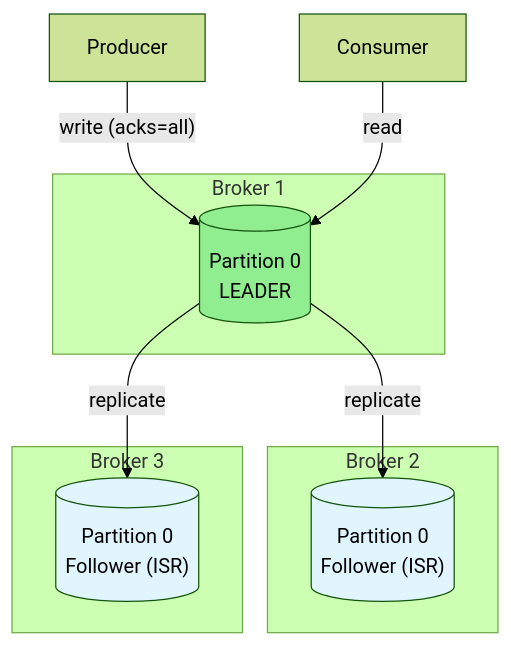
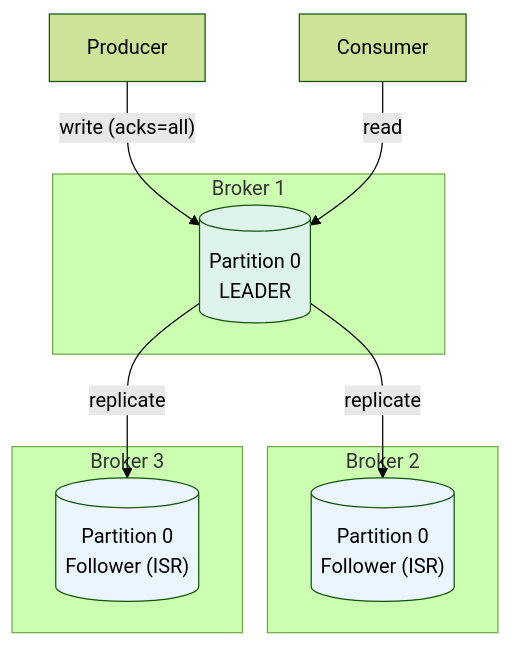
Before and after one commit to cartmancodes/InterviewVault: the second of 2 diagrams in LLD/SystemDesign/DeepDives/Kafka.md, drawn with Mermaid (forest theme). The commit also changed other lines of this file and 679 other files, not shown here.

Commit message:
Unify content diagrams and add accessible visual walkthroughs

````diff
--- a/LLD/SystemDesign/DeepDives/Kafka.md
+++ b/LLD/SystemDesign/DeepDives/Kafka.md
@@ -281,22 +281,22 @@
 ```mermaid
 graph TB
     Prod[Producer] -->|"write (acks=all)"| L
 
     subgraph "Broker 1"
         L[("Partition 0<br/>LEADER")]
     end
     subgraph "Broker 2"
         F1[("Partition 0<br/>Follower (ISR)")]
     end
     subgraph "Broker 3"
         F2[("Partition 0<br/>Follower (ISR)")]
     end
 
     L -->|replicate| F1
     L -->|replicate| F2
     Cons[Consumer] -->|read| L
 
-    style L fill:#90EE90
-    style F1 fill:#e1f5ff
-    style F2 fill:#e1f5ff
+    style L fill:#DDF3EC
+    style F1 fill:#EAF5FD
+    style F2 fill:#EAF5FD
 ```
````
